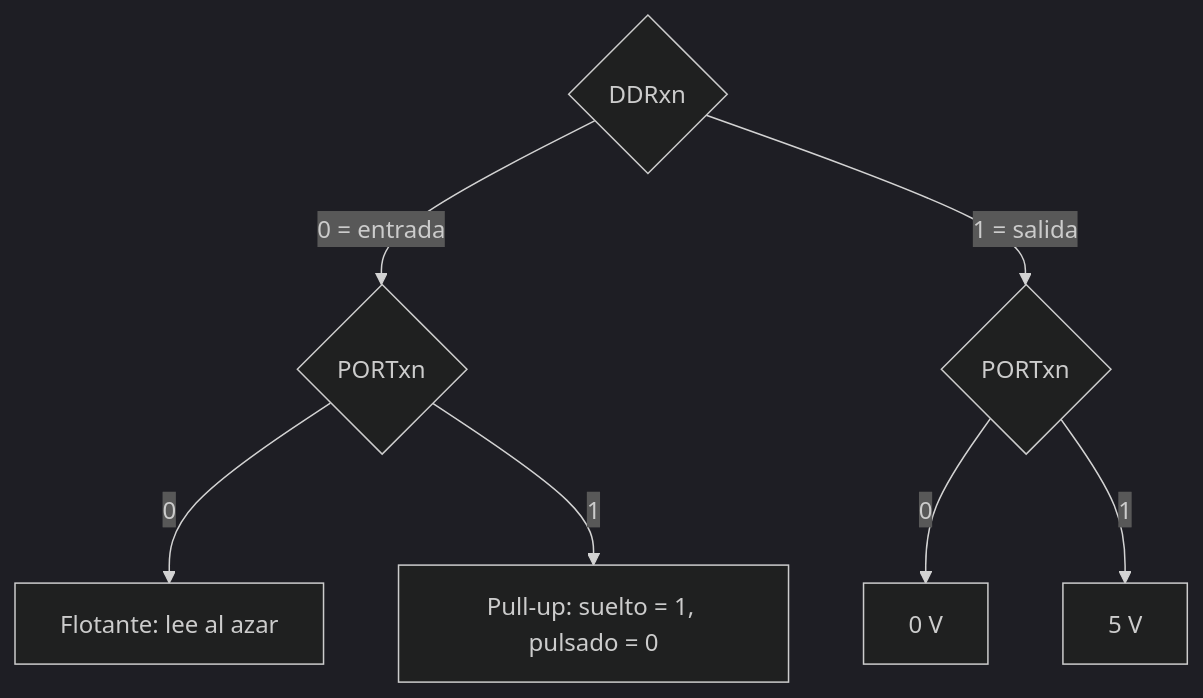
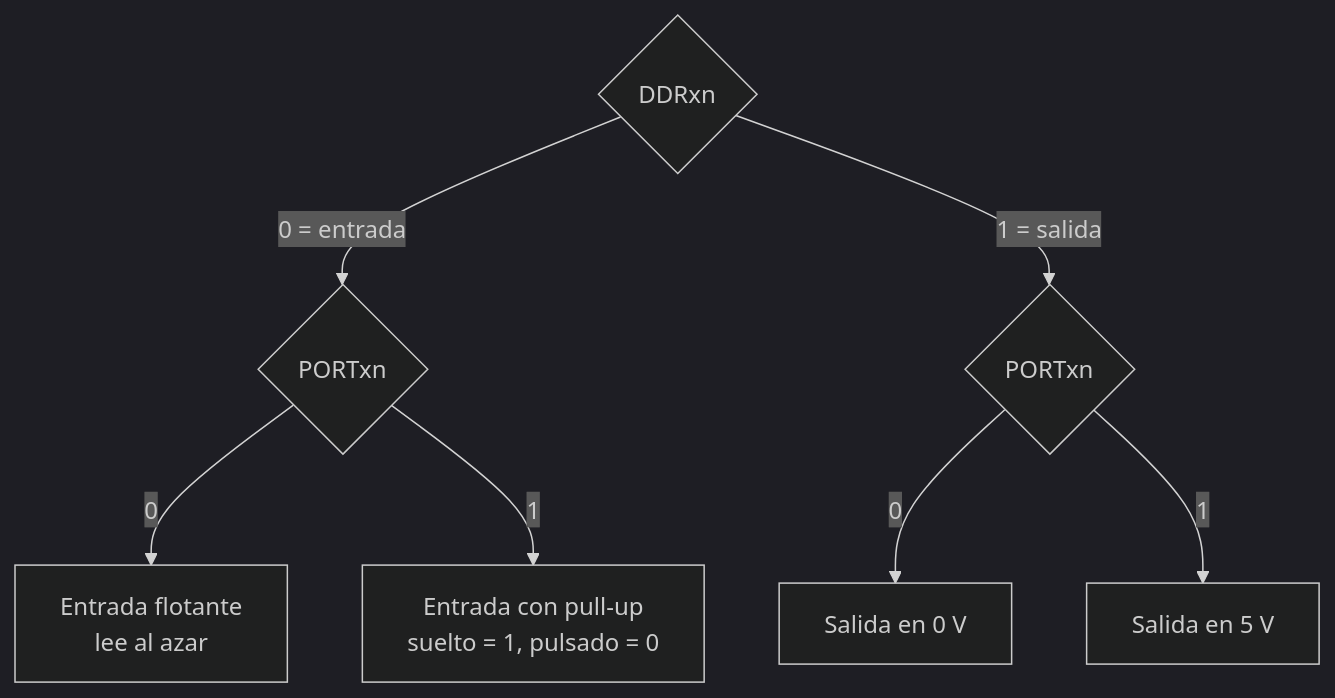
Before and after one commit to AlejandroTatum/sistemas-digitales-unl: the sixth of 7 diagrams in unidad-1/apuntes/02-bits-y-es-mapeada-en-memoria.md, drawn with Mermaid (dark theme). The commit also changed other lines of this file and 16 other files, not shown here.

````diff
--- a/unidad-1/apuntes/02-bits-y-es-mapeada-en-memoria.md
+++ b/unidad-1/apuntes/02-bits-y-es-mapeada-en-memoria.md
@@ -170,10 +153,10 @@
 ```mermaid
 flowchart TD
     D{"DDRxn"}
     D -->|"0 = entrada"| P0{"PORTxn"}
     D -->|"1 = salida"| P1{"PORTxn"}
-    P0 -->|0| F["Flotante: lee al azar"]
-    P0 -->|1| U["Pull-up: suelto = 1, pulsado = 0"]
-    P1 -->|0| L["0 V"]
-    P1 -->|1| H["5 V"]
+    P0 -->|"0"| F["Entrada flotante<br/>lee al azar"]
+    P0 -->|"1"| U["Entrada con pull-up<br/>suelto = 1, pulsado = 0"]
+    P1 -->|"0"| L["Salida en 0 V"]
+    P1 -->|"1"| H["Salida en 5 V"]
 ```
````
